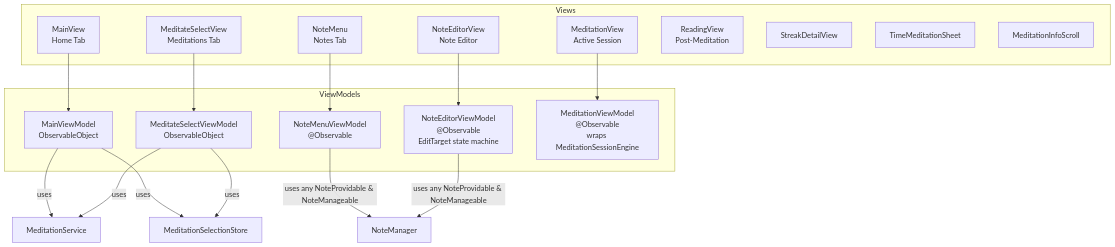
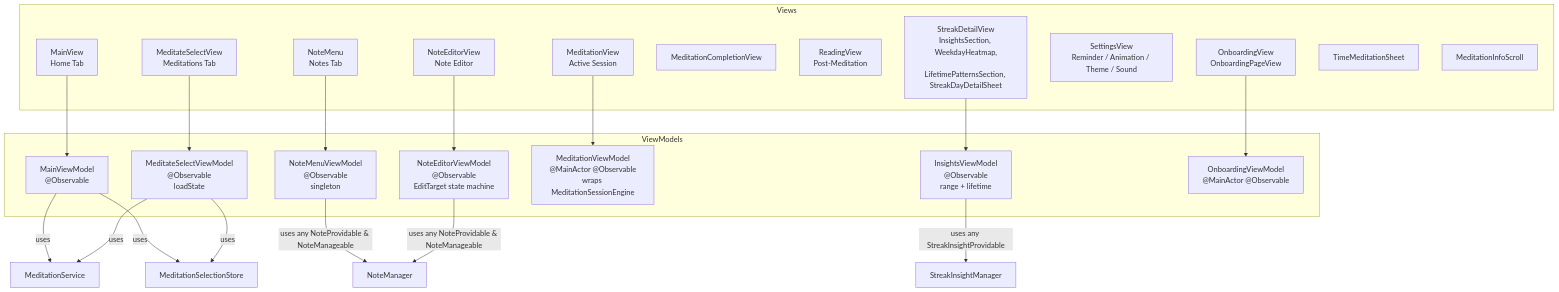
One commit to kwazzar/MeditateAndNote changed the third of 8 diagrams in ARCHITECTURE.md. Above: the diagram before and after it, drawn with Mermaid. The commit also changed other lines of this file, not shown here.

Commit message:
docs: update ARCHITECTURE.md for onboarding, reminders, streak insights and concurrency changes

````diff
--- a/ARCHITECTURE.md
+++ b/ARCHITECTURE.md
@@ -91,35 +129,44 @@
 ```mermaid
 graph TB
     subgraph Views["Views"]
         MainView["MainView<br/>Home Tab"]
         NoteMenu["NoteMenu<br/>Notes Tab"]
         MeditateSelect["MeditateSelectView<br/>Meditations Tab"]
         NoteEditor["NoteEditorView<br/>Note Editor"]
         MeditationView["MeditationView<br/>Active Session"]
+        MeditationCompletion["MeditationCompletionView"]
         ReadingView["ReadingView<br/>Post-Meditation"]
-        StreakDetail["StreakDetailView"]
+        StreakDetail["StreakDetailView<br/>InsightsSection, WeekdayHeatmap,
+<br/>LifetimePatternsSection, StreakDayDetailSheet"]
+        SettingsView["SettingsView<br/>Reminder / Animation / Theme / Sound"]
+        OnboardingView["OnboardingView<br/>OnboardingPageView"]
         TimeSheet["TimeMeditationSheet"]
         MeditationInfo["MeditationInfoScroll"]
     end
 
     subgraph ViewModels["ViewModels"]
-        MainVM["MainViewModel<br/>ObservableObject"]
-        NoteMenuVM["NoteMenuViewModel<br/>@Observable"]
+        MainVM["MainViewModel<br/>@Observable"]
+        NoteMenuVM["NoteMenuViewModel<br/>@Observable<br/>singleton"]
         NoteEditorVM["NoteEditorViewModel<br/>@Observable<br/>EditTarget state machine"]
-        MeditateSelectVM["MeditateSelectViewModel<br/>ObservableObject"]
-        MeditationVM["MeditationViewModel<br/>@Observable<br/>wraps MeditationSessionEngine"]
+        MeditateSelectVM["MeditateSelectViewModel<br/>@Observable<br/>loadState"]
+        MeditationVM["MeditationViewModel<br/>@MainActor @Observable<br/>wraps MeditationSessionEngine"]
+        InsightsVM["InsightsViewModel<br/>@Observable<br/>range + lifetime"]
+        OnboardingVM["OnboardingViewModel<br/>@MainActor @Observable"]
     end
 
     MainView --> MainVM
     NoteMenu --> NoteMenuVM
     NoteEditor --> NoteEditorVM
     MeditateSelect --> MeditateSelectVM
     MeditationView --> MeditationVM
+    StreakDetail --> InsightsVM
+    OnboardingView --> OnboardingVM
 
     MainVM -->|uses| MeditSvc["MeditationService"]
     MainVM -->|uses| SelStore["MeditationSelectionStore"]
     MeditateSelectVM -->|uses| MeditSvc
     MeditateSelectVM -->|uses| SelStore
     NoteMenuVM -->|uses any NoteProvidable & NoteManageable| NM["NoteManager"]
     NoteEditorVM -->|uses any NoteProvidable & NoteManageable| NM
+    InsightsVM -->|uses any StreakInsightProvidable| IM["StreakInsightManager"]
 ```
````
